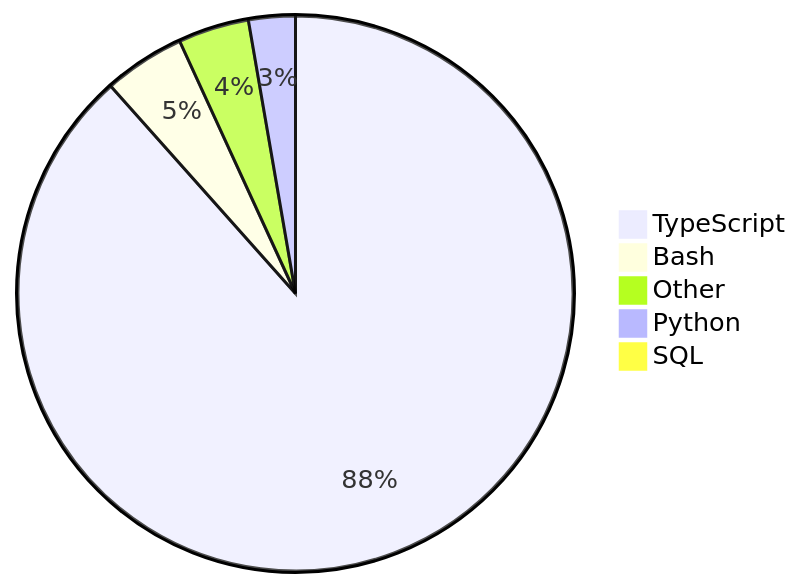
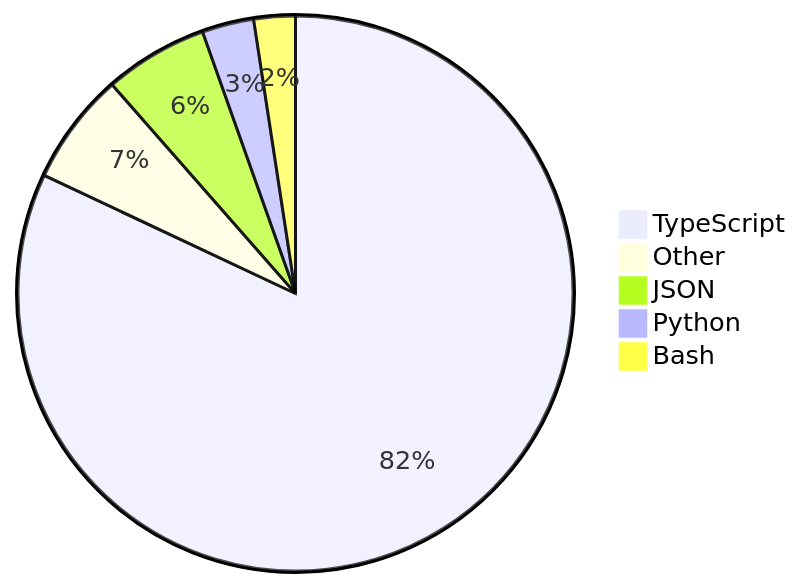
The diagram in README.md (skvggor/skvggor), drawn with Mermaid before and after one commit.

Commit message:
Updated waka-readme graph with new metrics

````diff
--- a/README.md
+++ b/README.md
@@ -28,8 +28,8 @@
 ```mermaid
 pie
-    "TypeScript" : 87.8
-    "Bash" : 4.7
-    "Other" : 4.1
-    "Python" : 2.7
-    "SQL" : 0.5
+    "TypeScript" : 81.5
+    "Other" : 6.5
+    "JSON" : 6.0
+    "Python" : 3.0
+    "Bash" : 2.4
 ```
````
